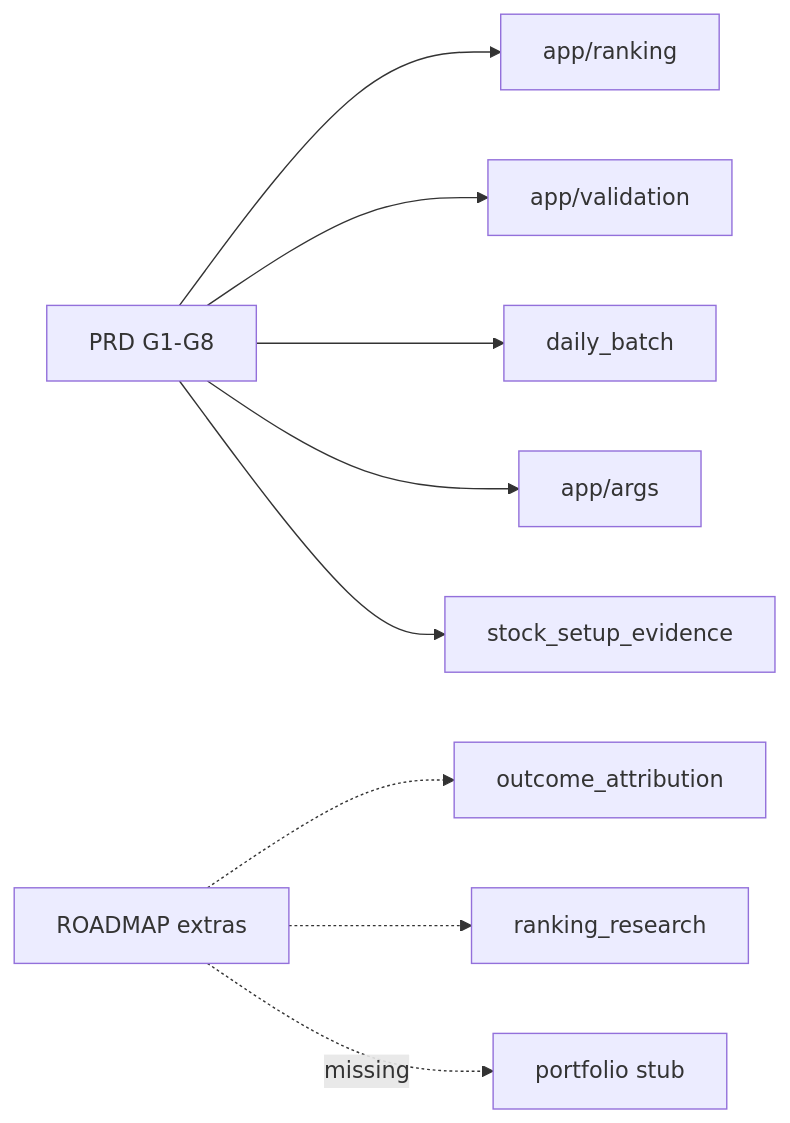
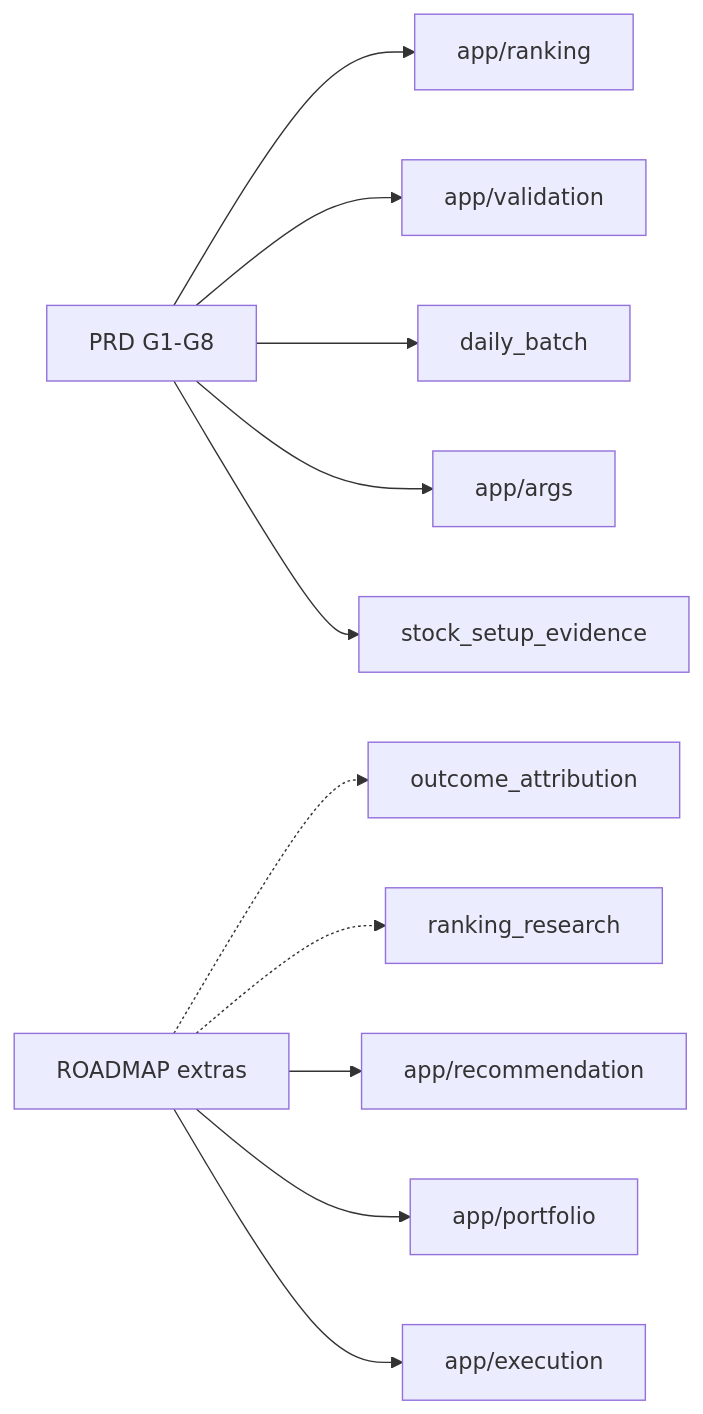
Before and after one commit to KalyanCB/pi-pm: the diagram in docs/po-discovery/09_REQUIREMENTS_TRACEABILITY_MATRIX.md, drawn with Mermaid. The commit also changed other lines of this file and 367 other files, not shown here.

````diff
--- a/docs/po-discovery/09_REQUIREMENTS_TRACEABILITY_MATRIX.md
+++ b/docs/po-discovery/09_REQUIREMENTS_TRACEABILITY_MATRIX.md
@@ -88,11 +93,13 @@
 ```mermaid
 flowchart LR
   PRD[PRD G1-G8] --> RANK[app/ranking]
   PRD --> VAL[app/validation]
   PRD --> BATCH[daily_batch]
   PRD --> ARGS[app/args]
   PRD --> SEE[stock_setup_evidence]
   ROADMAP[ROADMAP extras] -.-> OA[outcome_attribution]
   ROADMAP -.-> RR[ranking_research]
-  ROADMAP -.->|missing| PORT[portfolio stub]
+  ROADMAP --> REC[app/recommendation]
+  ROADMAP --> PORT[app/portfolio]
+  ROADMAP --> EXEC[app/execution]
 ```
````
